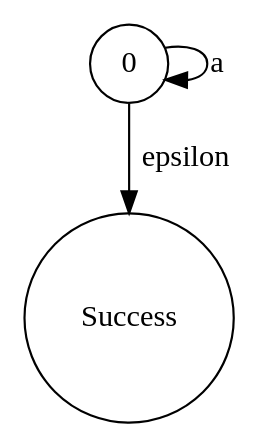
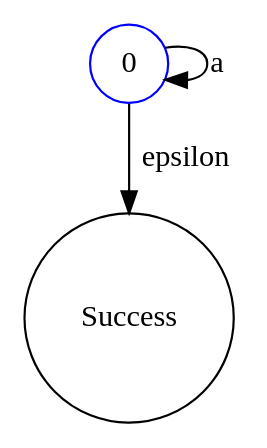
Before and after one commit to ayanamists/MyRegEngine: the diagram in MyRegEngine/bin/Debug/netcoreapp3.1/TestCase2.dot, drawn with Graphviz. The commit also changed 55 other files, not shown here.

```diff
--- a/MyRegEngine/bin/Debug/netcoreapp3.1/TestCase2.dot
+++ b/MyRegEngine/bin/Debug/netcoreapp3.1/TestCase2.dot
@@ -1,1 +1,1 @@
-digraph TestCase2 { 0 [shape=circle,label="0"]; 1 [shape=circle,label="Success"]; 0 -> 0[label="a"]; 0 -> 1[label="epsilon"]; }
+digraph TestCase2 { 0 [shape=circle,label="0",color="#0000FF"]; 1 [shape=circle,label="Success",color="#000000"]; 0 -> 0[label="a"]; 0 -> 1[label="epsilon"]; }
```
